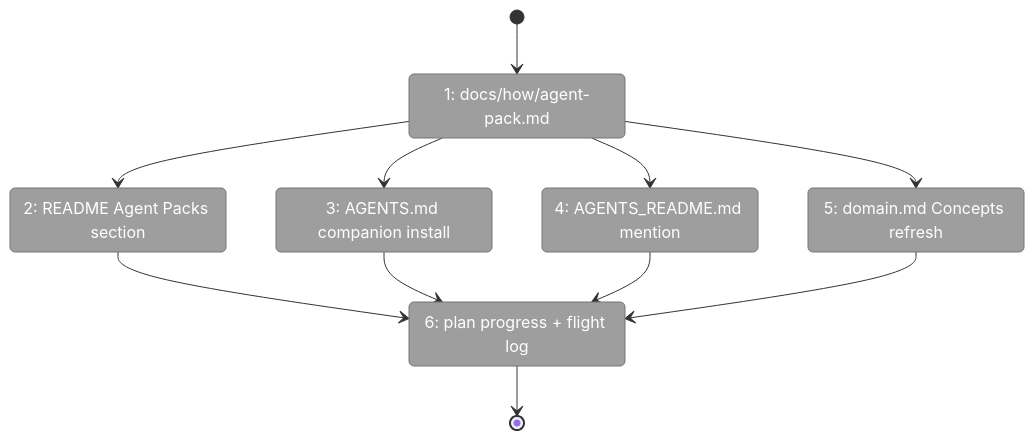
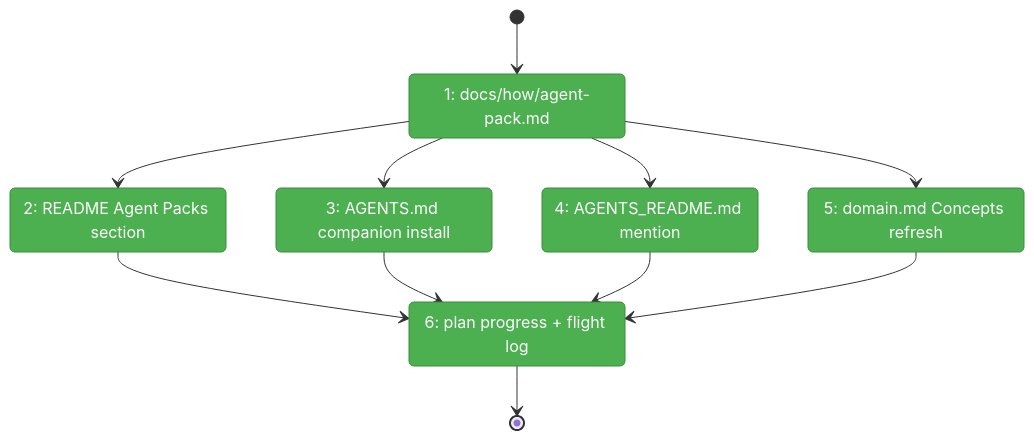
One commit to AI-Substrate/minih changed the diagram in docs/plans/017-agent-pack-install/tasks/phase-6-docs-and-release-notes/tasks.fltplan.md. Above: the diagram before and after it, drawn with Mermaid. The commit also changed other lines of this file and 4 other files, not shown here.

````diff
--- a/docs/plans/017-agent-pack-install/tasks/phase-6-docs-and-release-notes/tasks.fltplan.md
+++ b/docs/plans/017-agent-pack-install/tasks/phase-6-docs-and-release-notes/tasks.fltplan.md
@@ -37,27 +37,27 @@
 ```mermaid
 stateDiagram-v2
     classDef pending fill:#9E9E9E,stroke:#757575,color:#fff
     classDef active fill:#FFC107,stroke:#FFA000,color:#000
     classDef done fill:#4CAF50,stroke:#388E3C,color:#fff
     classDef blocked fill:#F44336,stroke:#D32F2F,color:#fff
 
     state "1: docs/how/agent-pack.md" as S1
     state "2: README Agent Packs section" as S2
     state "3: AGENTS.md companion install" as S3
     state "4: AGENTS_README.md mention" as S4
     state "5: domain.md Concepts refresh" as S5
     state "6: plan progress + flight log" as S6
 
     [*] --> S1
     S1 --> S2
     S1 --> S3
     S1 --> S4
     S1 --> S5
     S2 --> S6
     S3 --> S6
     S4 --> S6
     S5 --> S6
     S6 --> [*]
 
-    class S1,S2,S3,S4,S5,S6 pending
+    class S1,S2,S3,S4,S5,S6 done
 ```
````
